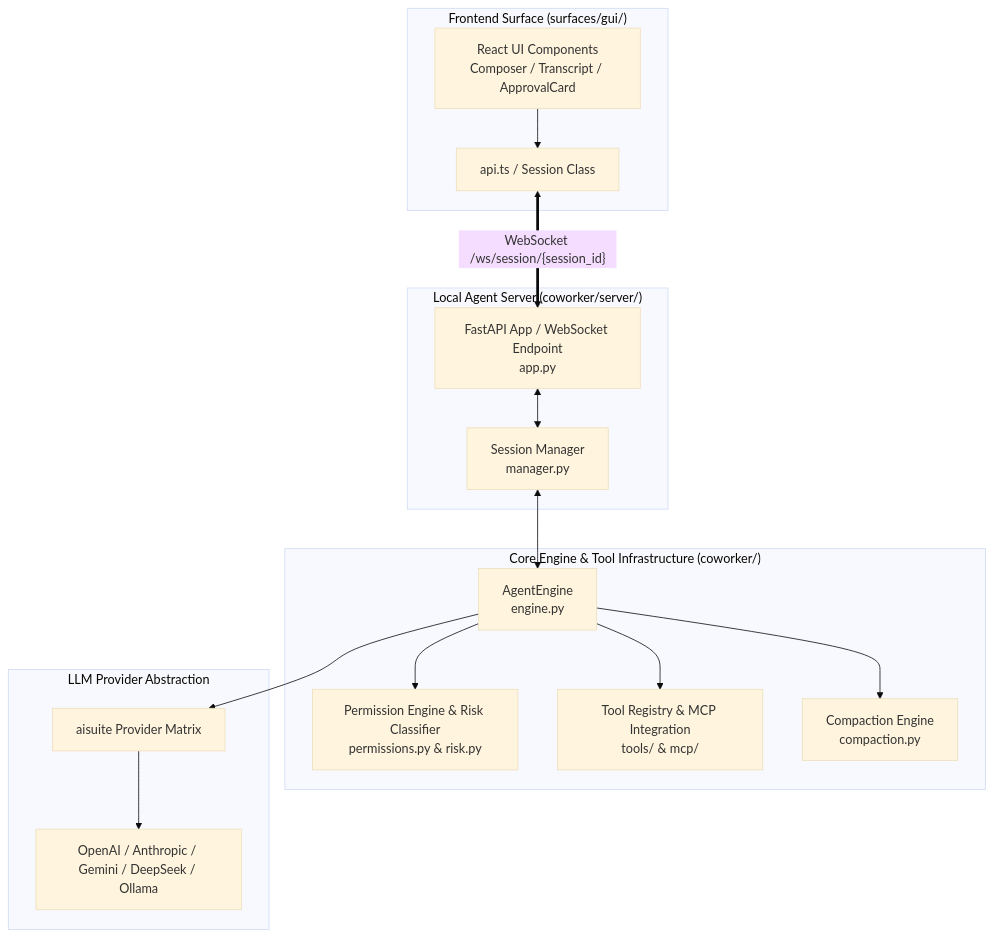
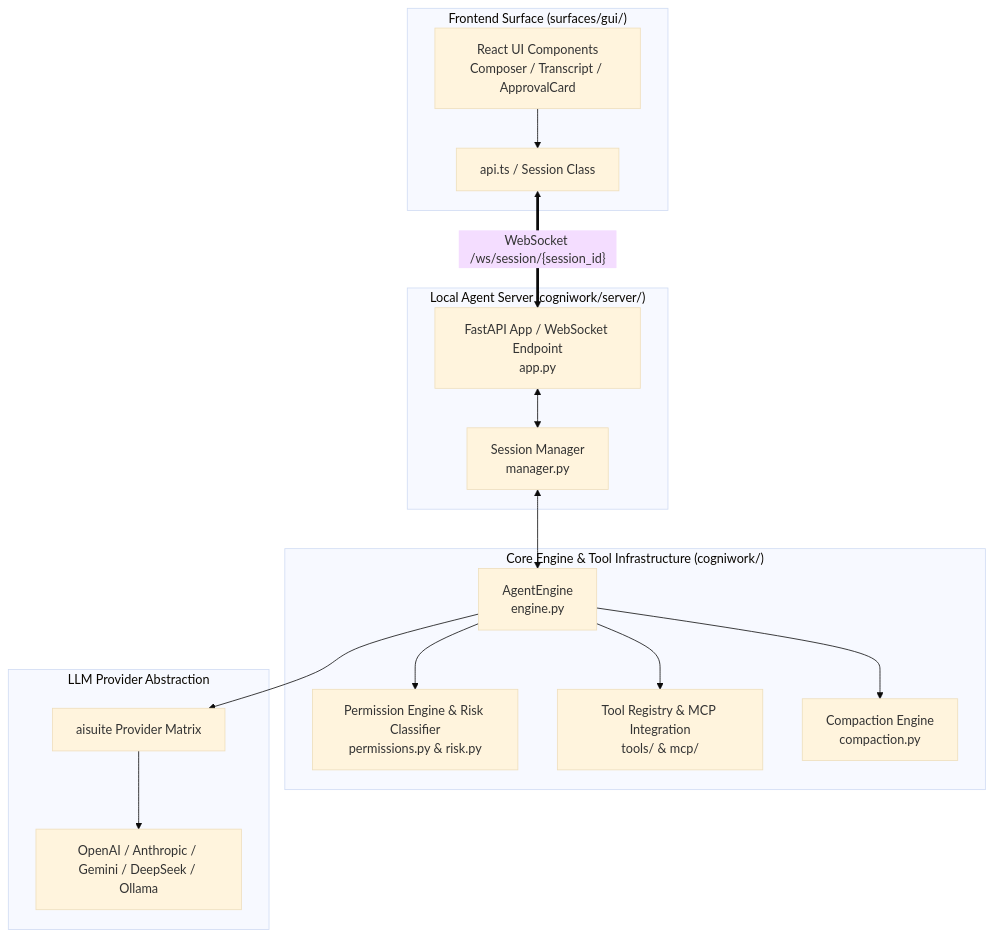
One commit to chyk2468/CogniOS changed the first of 3 diagrams in docs/chat_system_architecture.md. Above: the diagram before and after it, drawn with Mermaid (base theme). The commit also changed other lines of this file and 431 other files, not shown here.

````diff
--- a/docs/chat_system_architecture.md
+++ b/docs/chat_system_architecture.md
@@ -20,34 +20,34 @@
 ```mermaid
 graph TD
     subgraph Frontend Surface ["Frontend Surface (surfaces/gui/)"]
         UI[React UI Components<br/>Composer / Transcript / ApprovalCard]
         ApiTS[api.ts / Session Class]
         UI --> ApiTS
     end
 
-    subgraph Backend Server ["Local Agent Server (coworker/server/)"]
+    subgraph Backend Server ["Local Agent Server (cogniwork/server/)"]
         FastAPI[FastAPI App / WebSocket Endpoint<br/>app.py]
         SessionMgr[Session Manager<br/>manager.py]
         FastAPI <--> SessionMgr
     end
 
-    subgraph Core Agent Engine ["Core Engine & Tool Infrastructure (coworker/)"]
+    subgraph Core Agent Engine ["Core Engine & Tool Infrastructure (cogniwork/)"]
         Engine[AgentEngine<br/>engine.py]
         PermEngine[Permission Engine & Risk Classifier<br/>permissions.py & risk.py]
         Tools[Tool Registry & MCP Integration<br/>tools/ & mcp/]
         Compaction[Compaction Engine<br/>compaction.py]
         
         SessionMgr <--> Engine
         Engine --> PermEngine
         Engine --> Tools
         Engine --> Compaction
     end
 
     subgraph External Models ["LLM Provider Abstraction"]
         AISuite[aisuite Provider Matrix]
         Providers["OpenAI / Anthropic / Gemini / DeepSeek / Ollama"]
         Engine --> AISuite --> Providers
     end
 
     ApiTS <== WebSocket /ws/session/{session_id} ==> FastAPI
 ```
````
